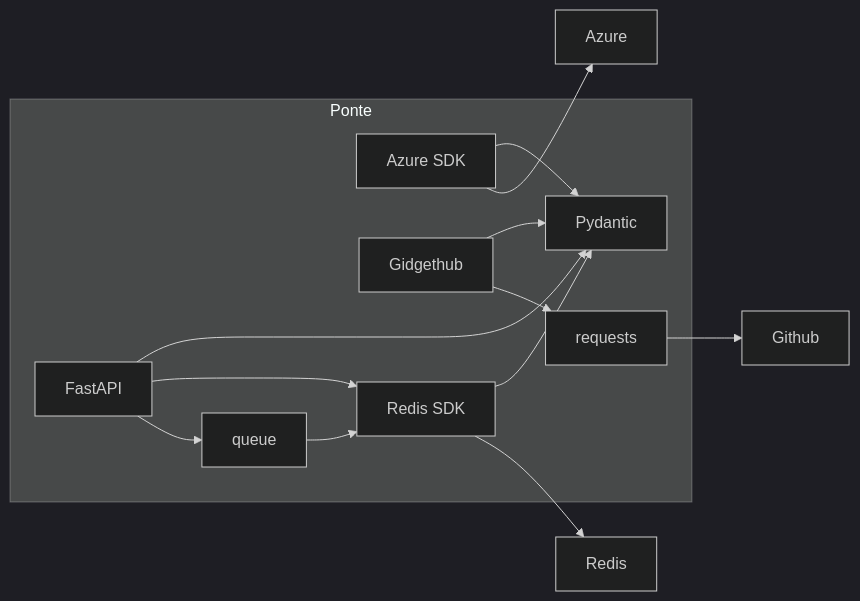
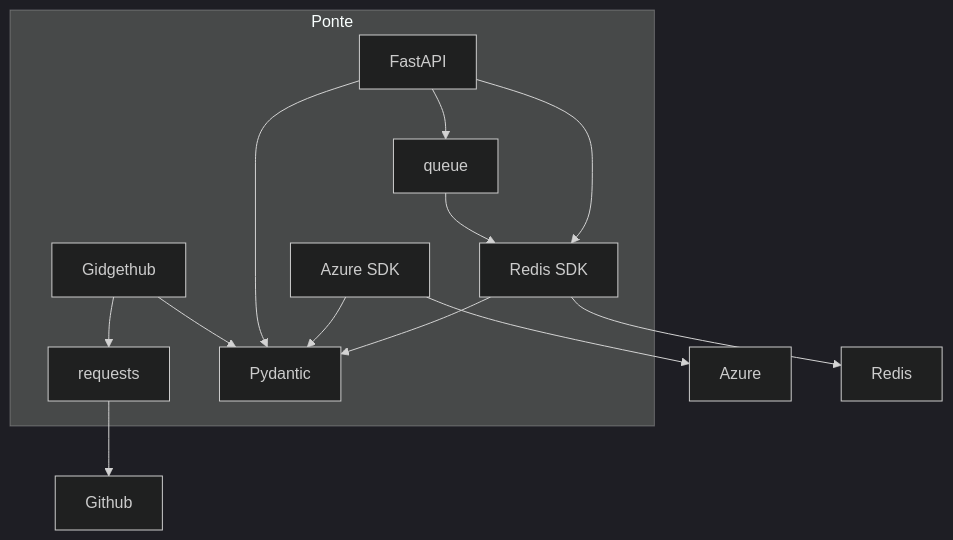
Before and after one commit to migueltinembart/ponte: the second of 2 diagrams in docs/komponenten/abhängigkeiten.md, drawn with Mermaid (dark theme). The commit also changed other lines of this file, not shown here.

````diff
--- a/docs/komponenten/abhängigkeiten.md
+++ b/docs/komponenten/abhängigkeiten.md
@@ -60,36 +68,34 @@
 ```mermaid
-flowchart LR
+flowchart TB
     
     Azure[Azure]
     Github[Github]
     Redis[Redis]
     
+    B --> Azure  
+    D --> Github  
+    E --> A  
+    E --> Redis
+
     subgraph Ponte_Dependencies["Ponte"]
         
         A[Pydantic]
         B[Azure SDK]
         C[Gidgethub]
         D[requests]
         E[Redis SDK]
         F[FastAPI]
         G[queue]
 
         
         B --> A  
-        C --> A  
-        E --> A  
         F --> A  
 
         C --> D  
 
         F --> E  
         F --> G  
         G --> E  
+        C --> A  
     end
-
-    
-    B --> Azure  
-    D --> Github  
-    E --> Redis
-    
 ```
````
